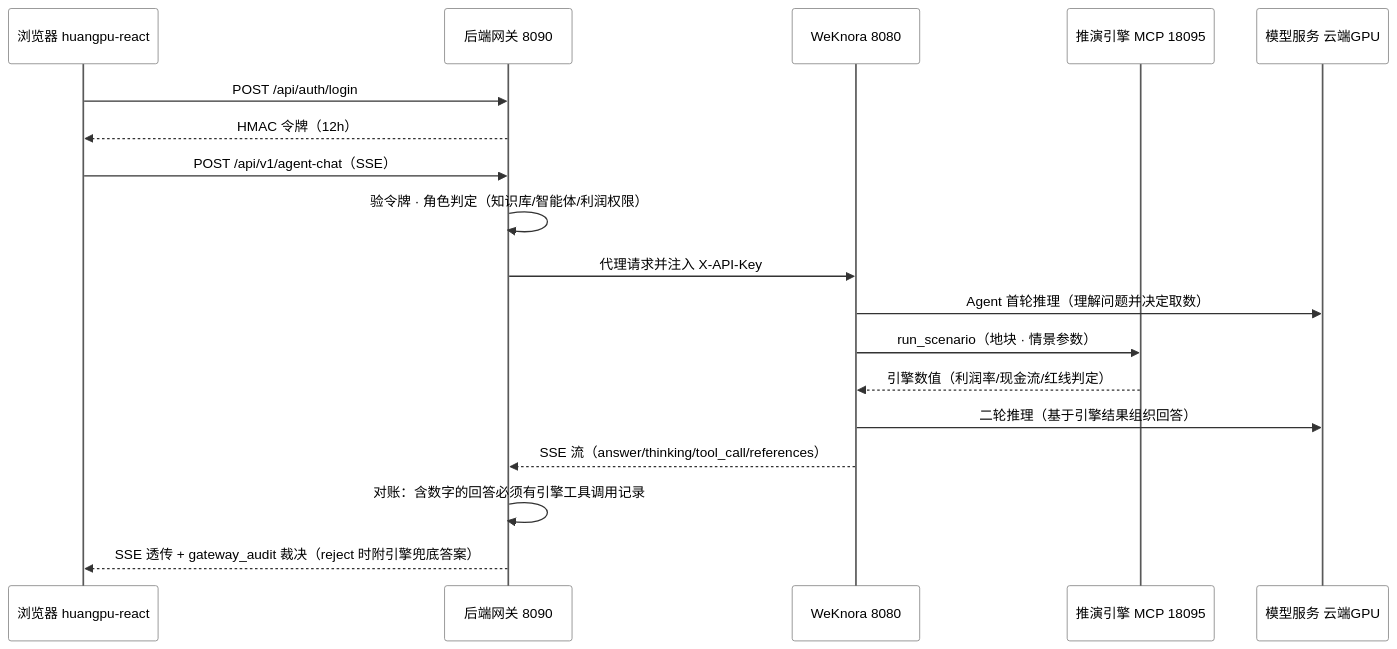
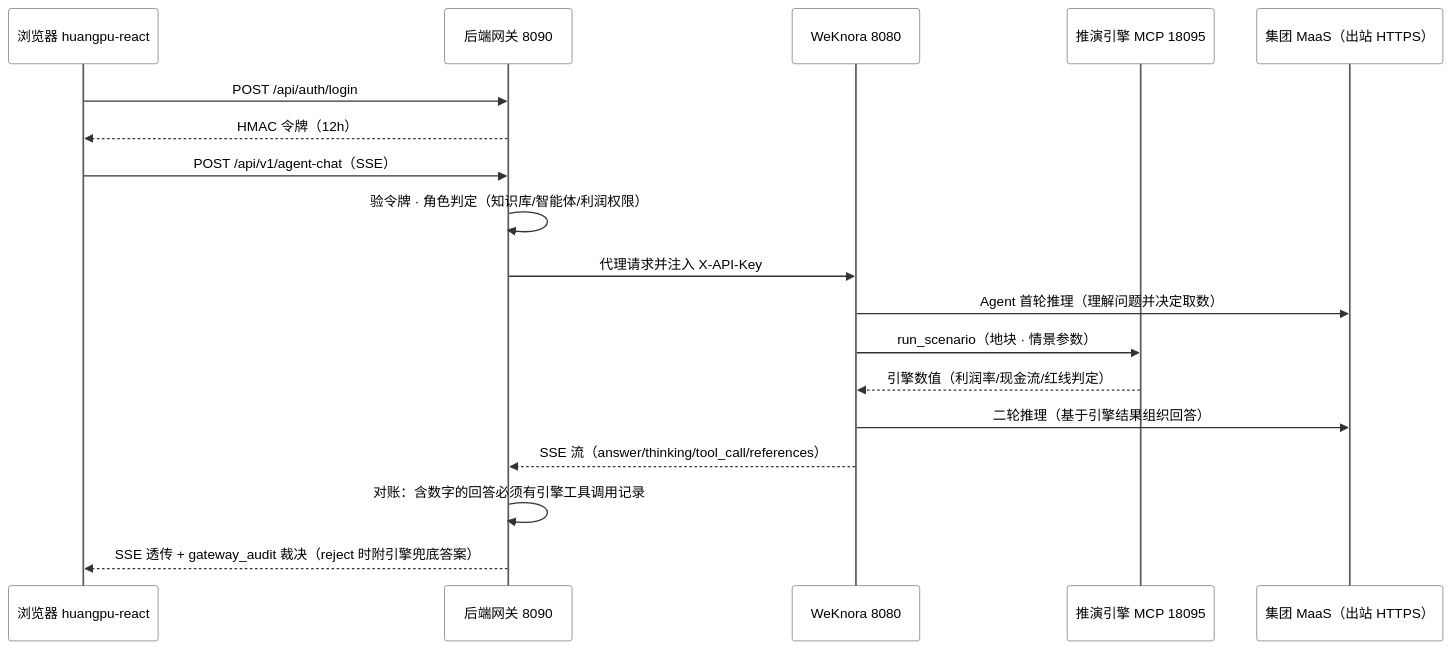
One commit to Clearlove7Zz/huangpu changed the diagram in docs/系统架构-后端.md. Above: the diagram before and after it, drawn with Mermaid. The commit also changed other lines of this file and 10 other files, not shown here.

````diff
--- a/docs/系统架构-后端.md
+++ b/docs/系统架构-后端.md
@@ -230,22 +267,22 @@
 ```mermaid
 %%{init: {"theme":"neutral","themeVariables":{"actorBkg":"#ffffff","actorTextColor":"#000000","actorBorder":"#8a8a8a","actorLineColor":"#595959","noteBkgColor":"#ffffff","noteTextColor":"#000000","noteBorderColor":"#8a8a8a","signalColor":"#333333","signalTextColor":"#000000","activationBkgColor":"#ffffff","activationBorderColor":"#8a8a8a","labelBoxBkgColor":"#ffffff","labelBoxBorderColor":"#8a8a8a","labelTextColor":"#000000","loopTextColor":"#000000"}}}%%
 sequenceDiagram
     participant U as 浏览器 huangpu-react
     participant G as 后端网关 8090
     participant W as WeKnora 8080
     participant M as 推演引擎 MCP 18095
-    participant L as 模型服务 云端GPU
+    participant L as 集团 MaaS（出站 HTTPS）
 
     U->>G: POST /api/auth/login
     G-->>U: HMAC 令牌（12h）
     U->>G: POST /api/v1/agent-chat（SSE）
     G->>G: 验令牌 · 角色判定（知识库/智能体/利润权限）
     G->>W: 代理请求并注入 X-API-Key
     W->>L: Agent 首轮推理（理解问题并决定取数）
     W->>M: run_scenario（地块 · 情景参数）
     M-->>W: 引擎数值（利润率/现金流/红线判定）
     W->>L: 二轮推理（基于引擎结果组织回答）
     W-->>G: SSE 流（answer/thinking/tool_call/references）
     G->>G: 对账：含数字的回答必须有引擎工具调用记录
     G-->>U: SSE 透传 + gateway_audit 裁决（reject 时附引擎兜底答案）
 ```
````
